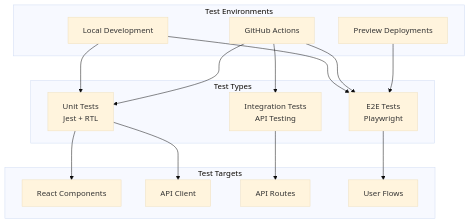
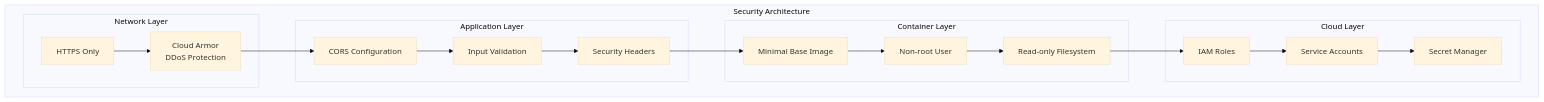
One commit to emily-flambe/web-app-starter-pack-gcp changed the tenth of 10 diagrams in .project/guidelines/core/architecture-diagrams.md. Above: the diagram before and after it, drawn with Mermaid (base theme). The commit also changed other lines of this file and 37 other files, not shown here.

First line of the commit message:
Add Google Cloud Run deployment with FastAPI + React starter (#5)

````diff
--- a/.project/guidelines/core/architecture-diagrams.md
+++ b/.project/guidelines/core/architecture-diagrams.md
@@ -294,33 +285,38 @@
 ```mermaid
-graph TD
-    subgraph "Test Types"
-        Unit[Unit Tests<br/>Jest + RTL]
-        Integration[Integration Tests<br/>API Testing]
-        E2E[E2E Tests<br/>Playwright]
+graph TB
+    subgraph "Security Architecture"
+        subgraph "Network Layer"
+            HTTPS[HTTPS Only]
+            CloudArmor[Cloud Armor<br/>DDoS Protection]
+        end
+        
+        subgraph "Application Layer"
+            CORSConfig[CORS Configuration]
+            InputVal[Input Validation]
+            Headers[Security Headers]
+        end
+        
+        subgraph "Container Layer"
+            MinimalImage[Minimal Base Image]
+            NonRoot[Non-root User]
+            ReadOnly[Read-only Filesystem]
+        end
+        
+        subgraph "Cloud Layer"
+            IAM[IAM Roles]
+            ServiceAcct[Service Accounts]
+            Secrets[Secret Manager]
+        end
     end
     
-    subgraph "Test Targets"
-        Components[React Components]
-        Client[API Client]
-        Routes[API Routes]
-        Flow[User Flows]
-    end
-    
-    subgraph "Test Environments"
-        Local[Local Development]
-        CI[GitHub Actions]
-        Preview[Preview Deployments]
-    end
-    
-    Unit --> Components
-    Unit --> Client
-    Integration --> Routes
-    E2E --> Flow
-    
-    Local --> Unit
-    Local --> E2E
-    CI --> Unit
-    CI --> Integration
-    CI --> E2E
-    Preview --> E2E
+    HTTPS --> CloudArmor
+    CloudArmor --> CORSConfig
+    CORSConfig --> InputVal
+    InputVal --> Headers
+    Headers --> MinimalImage
+    MinimalImage --> NonRoot
+    NonRoot --> ReadOnly
+    ReadOnly --> IAM
+    IAM --> ServiceAcct
+    ServiceAcct --> Secrets
 ```
````
